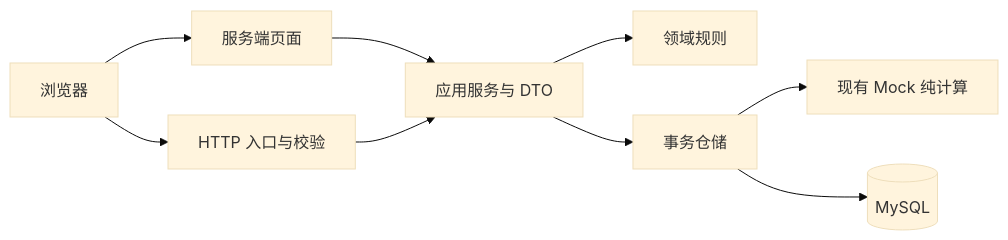
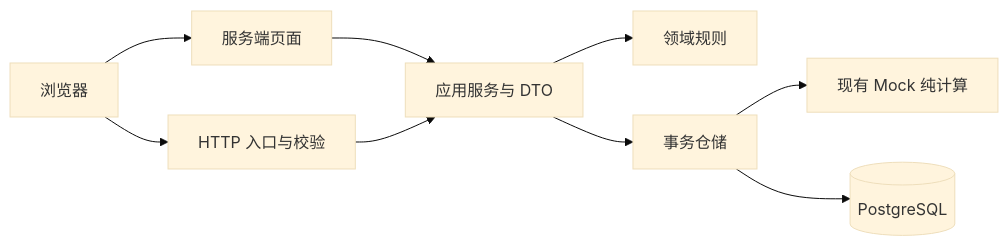
Before and after one commit to try-one-try/simeval-app: the diagram in docs/architecture.md, drawn with Mermaid (base theme). The commit also changed other lines of this file and 53 other files, not shown here.

```diff
--- a/docs/architecture.md
+++ b/docs/architecture.md
@@ -26,11 +26,11 @@
 ~~~mermaid
 flowchart LR
   B[浏览器] --> P[服务端页面]
   B --> H[HTTP 入口与校验]
   P --> A[应用服务与 DTO]
   H --> A
   A --> D[领域规则]
   A --> R[事务仓储]
   R --> E[现有 Mock 纯计算]
-  R --> DB[(MySQL)]
+  R --> DB[(PostgreSQL)]
 ~~~
```
